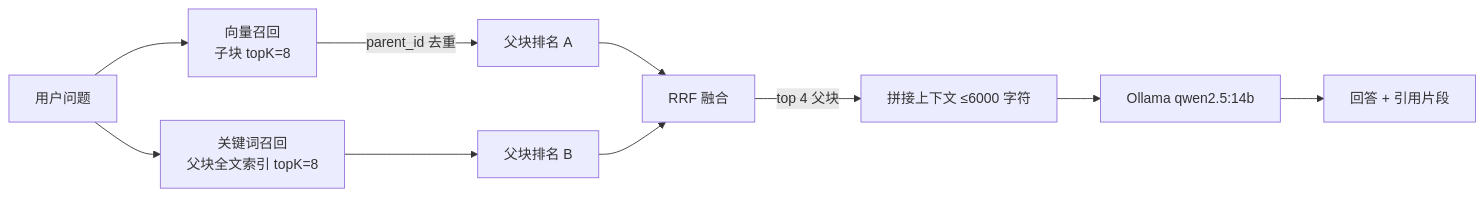
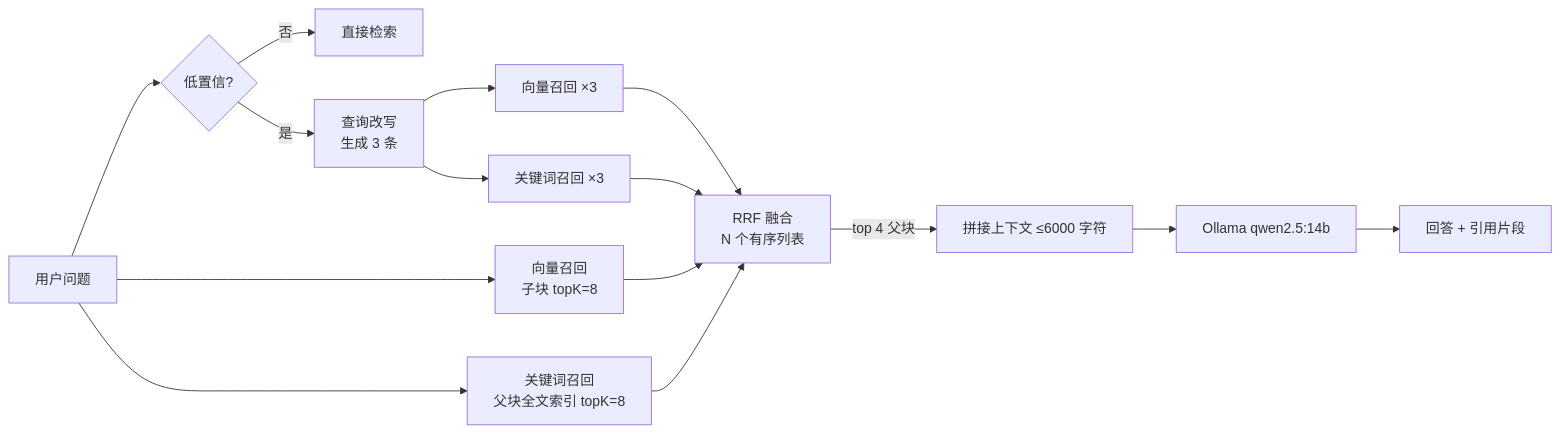
The diagram in README.md (Zerotwo-glitch/rag-knowledge-base), drawn with Mermaid before and after one commit. The commit also changed other lines of this file and 1 other file, not shown here.

Commit message:
fix: RRF 改为跨列表融合，修复改写查询的高分结果被原问题的噪声挤出 topN

````diff
--- a/README.md
+++ b/README.md
@@ -49,12 +49,17 @@
 ```mermaid
 flowchart LR
-    Q[用户问题] --> V[向量召回<br/>子块 topK=8]
+    Q[用户问题] --> RW{低置信?}
+    RW -->|否| R2[直接检索]
+    RW -->|是| QW[查询改写<br/>生成 3 条]
+    Q --> V[向量召回<br/>子块 topK=8]
     Q --> K[关键词召回<br/>父块全文索引 topK=8]
-    V -->|parent_id 去重| VR[父块排名 A]
-    K --> KR[父块排名 B]
-    VR --> R[RRF 融合]
-    KR --> R
+    QW --> V2[向量召回 ×3]
+    QW --> K2[关键词召回 ×3]
+    V --> R[RRF 融合<br/>N 个有序列表]
+    K --> R
+    V2 --> R
+    K2 --> R
     R -->|top 4 父块| C[拼接上下文 ≤6000 字符]
     C --> M[Ollama qwen2.5:14b]
     M --> A[回答 + 引用片段]
 ```
````
